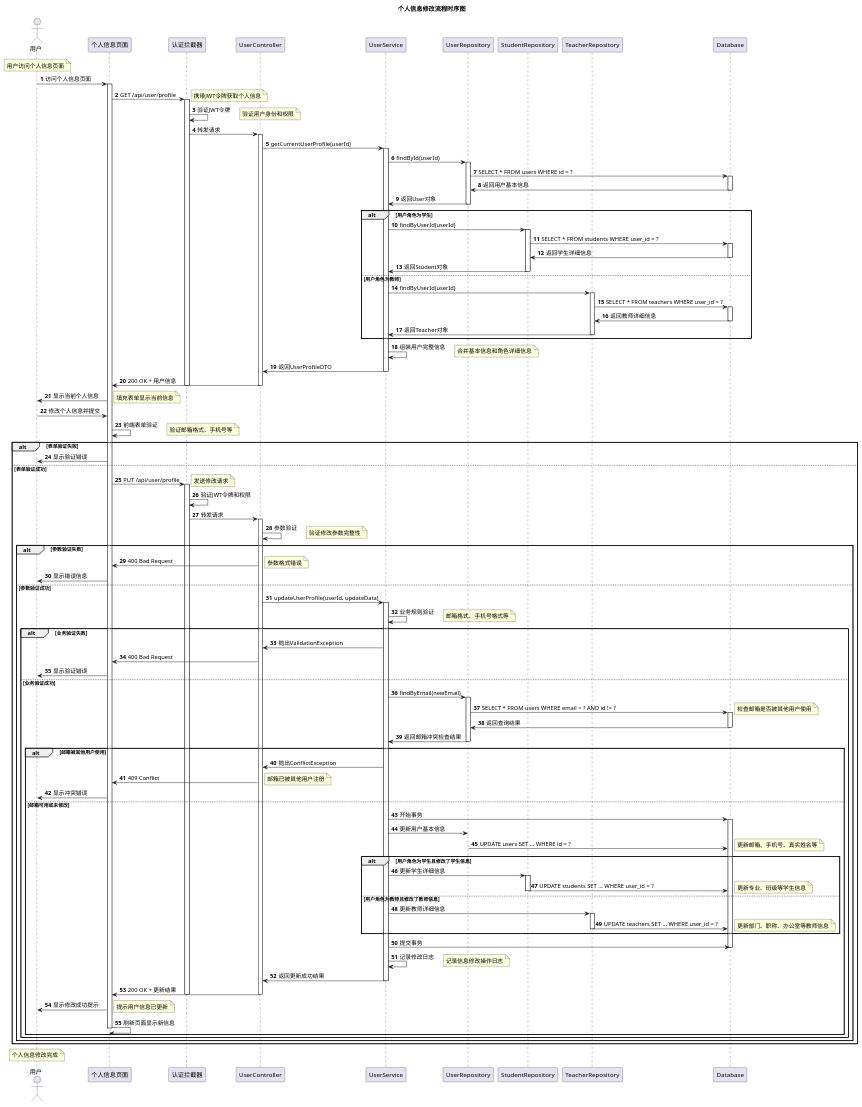
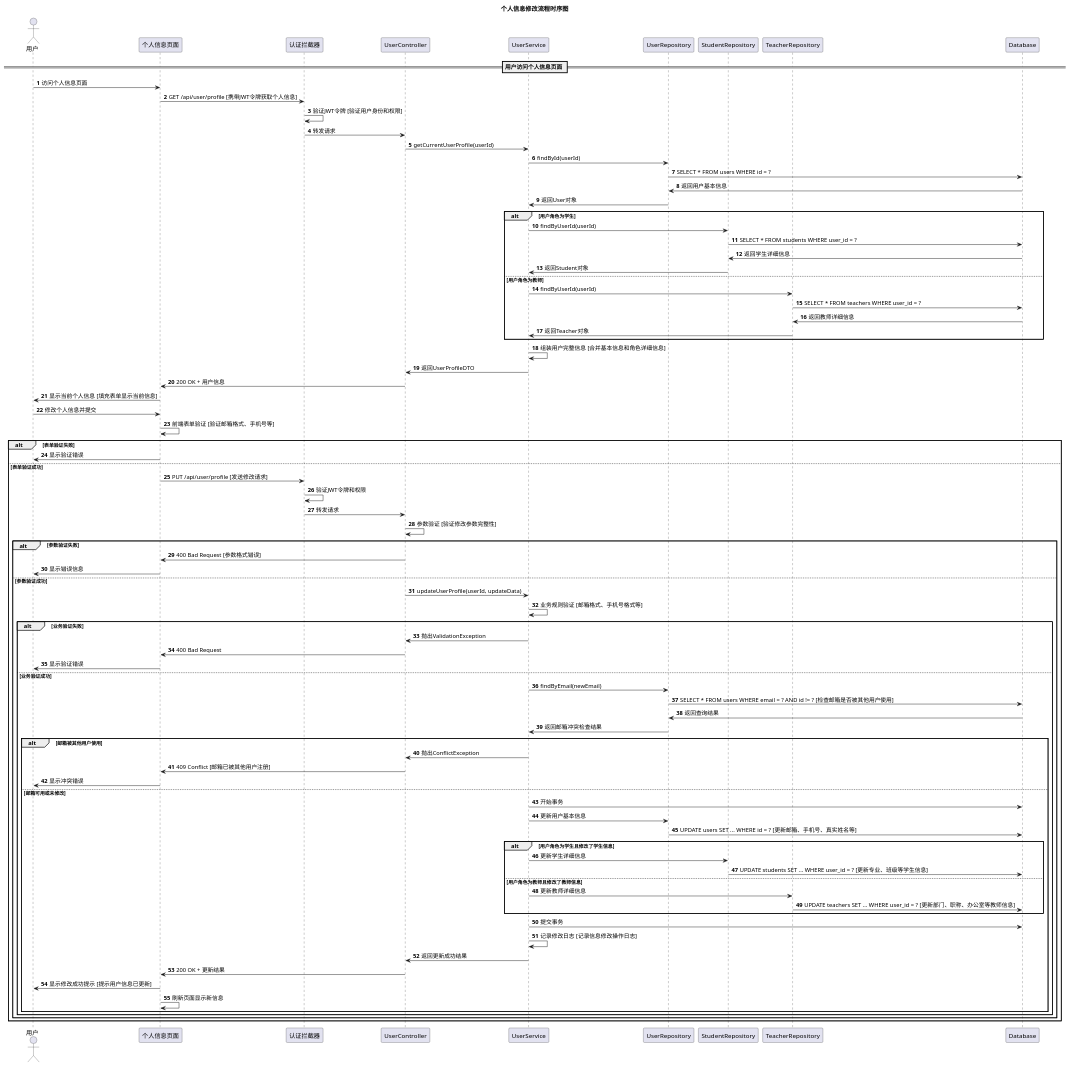
The diagram in diagram/类图和时序图/详细功能时序图/通用模块/04_个人信息修改时序图.puml (lingxiao001/CourseSchedule), drawn with PlantUML before and after one commit. The commit also changed 95 other files, not shown here.

Commit message:
draw many many diagram

```diff
--- a/diagram/类图和时序图/详细功能时序图/通用模块/04_个人信息修改时序图.puml
+++ b/diagram/类图和时序图/详细功能时序图/通用模块/04_个人信息修改时序图.puml
@@ -1,177 +1,100 @@
 @startuml 个人信息修改时序图
 title 个人信息修改流程时序图
 
 actor 用户 as U
 participant "个人信息页面" as PIP
 participant "认证拦截器" as AI
 participant "UserController" as UC
 participant "UserService" as US
 participant "UserRepository" as UR
 participant "StudentRepository" as SR
 participant "TeacherRepository" as TR
 participant "Database" as DB
 
 autonumber
 
-note over U: 用户访问个人信息页面
-
+== 用户访问个人信息页面 ==
 U -> PIP: 访问个人信息页面
-activate PIP
-
-PIP -> AI: GET /api/user/profile
-activate AI
-note right: 携带JWT令牌获取个人信息
-
-AI -> AI: 验证JWT令牌
-note right: 验证用户身份和权限
-
+PIP -> AI: GET /api/user/profile [携带JWT令牌获取个人信息]
+AI -> AI: 验证JWT令牌 [验证用户身份和权限]
 AI -> UC: 转发请求
-activate UC
-
 UC -> US: getCurrentUserProfile(userId)
-activate US
-
 US -> UR: findById(userId)
-activate UR
-
 UR -> DB: SELECT * FROM users WHERE id = ?
-activate DB
 DB -> UR: 返回用户基本信息
-deactivate DB
-
 UR -> US: 返回User对象
-deactivate UR
 
 alt 用户角色为学生
     US -> SR: findByUserId(userId)
-    activate SR
     SR -> DB: SELECT * FROM students WHERE user_id = ?
-    activate DB
     DB -> SR: 返回学生详细信息
-    deactivate DB
     SR -> US: 返回Student对象
-    deactivate SR
 else 用户角色为教师
     US -> TR: findByUserId(userId)
-    activate TR
     TR -> DB: SELECT * FROM teachers WHERE user_id = ?
-    activate DB
     DB -> TR: 返回教师详细信息
-    deactivate DB
     TR -> US: 返回Teacher对象
-    deactivate TR
 end
 
-US -> US: 组装用户完整信息
-note right: 合并基本信息和角色详细信息
-
+US -> US: 组装用户完整信息 [合并基本信息和角色详细信息]
 US -> UC: 返回UserProfileDTO
-deactivate US
-
 UC -> PIP: 200 OK + 用户信息
-deactivate UC
-deactivate AI
-
-PIP -> U: 显示当前个人信息
-note right: 填充表单显示当前信息
+PIP -> U: 显示当前个人信息 [填充表单显示当前信息]
 
 U -> PIP: 修改个人信息并提交
-PIP -> PIP: 前端表单验证
-note right: 验证邮箱格式、手机号等
+PIP -> PIP: 前端表单验证 [验证邮箱格式、手机号等]
 
 alt 表单验证失败
     PIP -> U: 显示验证错误
 else 表单验证成功
-    PIP -> AI: PUT /api/user/profile
-    activate AI
-    note right: 发送修改请求
-
+    PIP -> AI: PUT /api/user/profile [发送修改请求]
     AI -> AI: 验证JWT令牌和权限
-    
     AI -> UC: 转发请求
-    activate UC
-    
-    UC -> UC: 参数验证
-    note right: 验证修改参数完整性
+    UC -> UC: 参数验证 [验证修改参数完整性]
     
     alt 参数验证失败
-        UC -> PIP: 400 Bad Request
-        note right: 参数格式错误
+        UC -> PIP: 400 Bad Request [参数格式错误]
         PIP -> U: 显示错误信息
     else 参数验证成功
         UC -> US: updateUserProfile(userId, updateData)
-        activate US
-        
-        US -> US: 业务规则验证
-        note right: 邮箱格式、手机号格式等
+        US -> US: 业务规则验证 [邮箱格式、手机号格式等]
         
         alt 业务验证失败
             US -> UC: 抛出ValidationException
             UC -> PIP: 400 Bad Request
             PIP -> U: 显示验证错误
         else 业务验证成功
             US -> UR: findByEmail(newEmail)
-            activate UR
-            
-            UR -> DB: SELECT * FROM users WHERE email = ? AND id != ?
-            activate DB
-            note right: 检查邮箱是否被其他用户使用
+            UR -> DB: SELECT * FROM users WHERE email = ? AND id != ? [检查邮箱是否被其他用户使用]
             DB -> UR: 返回查询结果
-            deactivate DB
-            
             UR -> US: 返回邮箱冲突检查结果
-            deactivate UR
             
             alt 邮箱被其他用户使用
                 US -> UC: 抛出ConflictException
-                UC -> PIP: 409 Conflict
-                note right: 邮箱已被其他用户注册
+                UC -> PIP: 409 Conflict [邮箱已被其他用户注册]
                 PIP -> U: 显示冲突错误
             else 邮箱可用或未修改
                 US -> DB: 开始事务
-                activate DB
-                
                 US -> UR: 更新用户基本信息
-                UR -> DB: UPDATE users SET ... WHERE id = ?
-                note right: 更新邮箱、手机号、真实姓名等
+                UR -> DB: UPDATE users SET ... WHERE id = ? [更新邮箱、手机号、真实姓名等]
                 
                 alt 用户角色为学生且修改了学生信息
                     US -> SR: 更新学生详细信息
-                    activate SR
-                    SR -> DB: UPDATE students SET ... WHERE user_id = ?
-                    note right: 更新专业、班级等学生信息
-                    deactivate SR
+                    SR -> DB: UPDATE students SET ... WHERE user_id = ? [更新专业、班级等学生信息]
                 else 用户角色为教师且修改了教师信息
                     US -> TR: 更新教师详细信息
-                    activate TR
-                    TR -> DB: UPDATE teachers SET ... WHERE user_id = ?
-                    note right: 更新部门、职称、办公室等教师信息
-                    deactivate TR
+                    TR -> DB: UPDATE teachers SET ... WHERE user_id = ? [更新部门、职称、办公室等教师信息]
                 end
                 
                 US -> DB: 提交事务
-                deactivate DB
-                
-                US -> US: 记录修改日志
-                note right: 记录信息修改操作日志
-                
+                US -> US: 记录修改日志 [记录信息修改操作日志]
                 US -> UC: 返回更新成功结果
-                deactivate US
-                
                 UC -> PIP: 200 OK + 更新结果
-                deactivate UC
-                deactivate AI
-                
-                PIP -> U: 显示修改成功提示
-                note right: 提示用户信息已更新
-                
+                PIP -> U: 显示修改成功提示 [提示用户信息已更新]
                 PIP -> PIP: 刷新页面显示新信息
-                deactivate PIP
             end
         end
     end
 end
 
-note over U: 个人信息修改完成
-
 @enduml 
```
